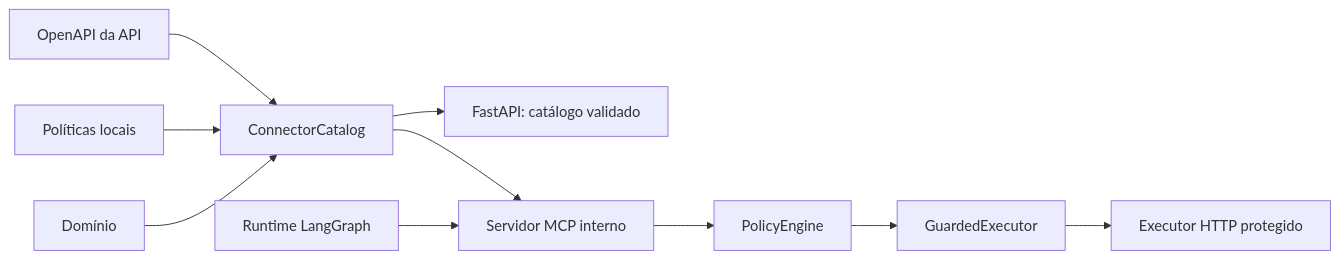
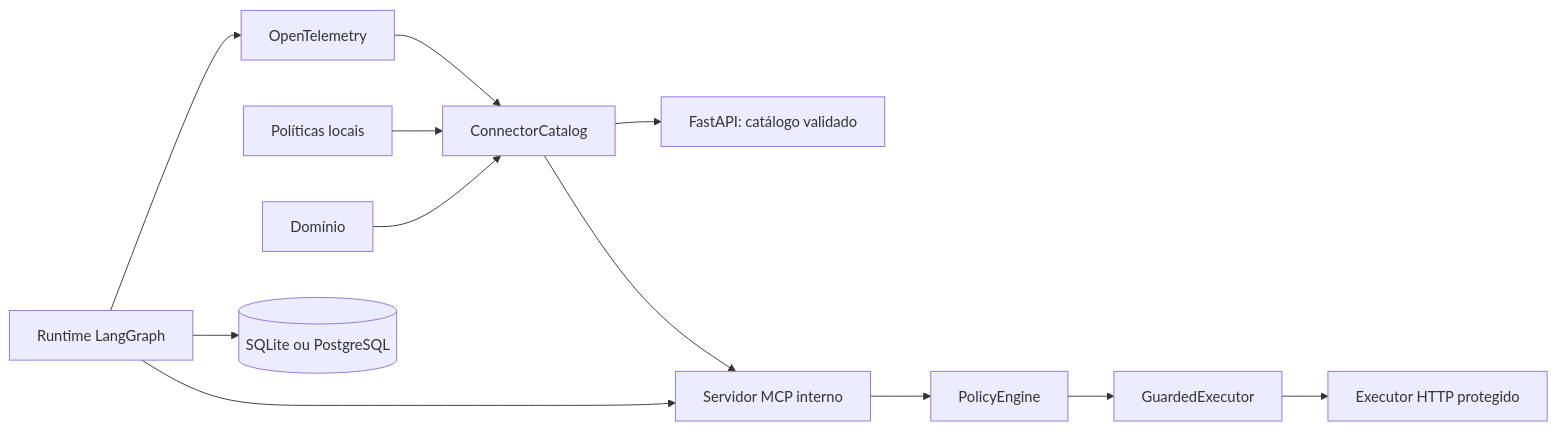
Before and after one commit to ChristianGandra21/indusguard: the diagram in README.md, drawn with Mermaid. The commit also changed other lines of this file and 29 other files, not shown here.

````diff
--- a/README.md
+++ b/README.md
@@ -50,12 +51,14 @@
 ```mermaid
 flowchart LR
     O[OpenAPI da API] --> C[ConnectorCatalog]
     Y[Políticas locais] --> C
     D[Domínio] --> C
     C --> F[FastAPI: catálogo validado]
     C --> M[Servidor MCP interno]
     M --> P[PolicyEngine]
     P --> G[GuardedExecutor]
     G --> E[Executor HTTP protegido]
     A[Runtime LangGraph] --> M
+    A --> B[(SQLite ou PostgreSQL)]
+    A --> O[OpenTelemetry]
 ```
````
